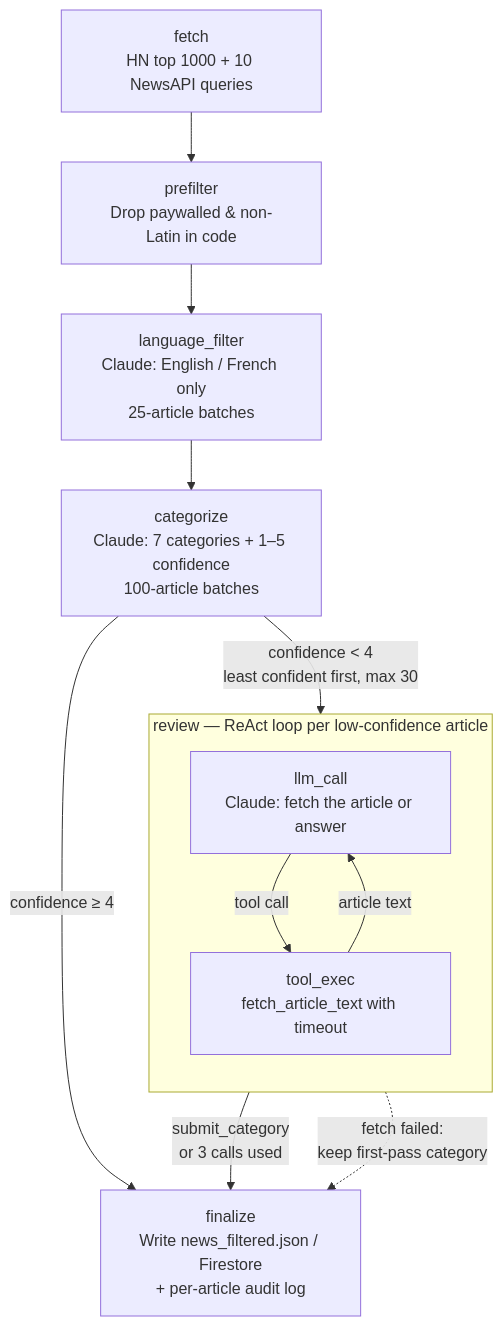
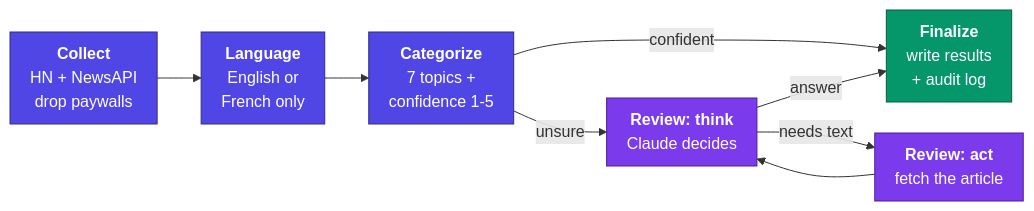
One commit to lofeodo/ai-news-agent changed the diagram in docs/architecture.md. Above: the diagram before and after it, drawn with Mermaid. The commit also changed 1 other file, not shown here.

Commit message:
docs: redraw pipeline and agent 1b diagrams left-to-right so each fits one viewport
Claude-Session: https://claude.ai/code/session_01KTK48pZbZ2Bmz2aqnJRgA6

````diff
--- a/docs/architecture.md
+++ b/docs/architecture.md
@@ -47,33 +47,18 @@
 ```mermaid
-flowchart TB
-    FETCH["fetch
-HN top 1000 + 10 NewsAPI queries"] --> PRE["prefilter
-Drop paywalled & non-Latin in code"]
-    PRE --> LANG["language_filter
-Claude: English / French only
-25-article batches"]
-    LANG --> CAT["categorize
-Claude: 7 categories + 1–5 confidence
-100-article batches"]
+%%{init: {"themeVariables": {"fontSize": "16px"}, "flowchart": {"nodeSpacing": 28, "rankSpacing": 44, "padding": 10, "curve": "basis"}}}%%
+flowchart LR
+    COL["<b>Collect</b><br/>HN + NewsAPI<br/>drop paywalls"] --> LANG["<b>Language</b><br/>English or<br/>French only"]
+    LANG --> CAT["<b>Categorize</b><br/>7 topics +<br/>confidence 1-5"]
+    CAT -->|"confident"| FIN["<b>Finalize</b><br/>write results<br/>+ audit log"]
+    CAT -->|"unsure"| LLM["<b>Review: think</b><br/>Claude decides"]
+    LLM -->|"needs text"| TOOL["<b>Review: act</b><br/>fetch the article"]
+    TOOL --> LLM
+    LLM -->|"answer"| FIN
 
-    CAT -->|"confidence ≥ 4"| FIN["finalize
-Write news_filtered.json / Firestore
-+ per-article audit log"]
-    CAT -->|"confidence < 4
-least confident first, max 30"| LLM
-
-    subgraph REVIEW["review — ReAct loop per low-confidence article"]
-        direction TB
-        LLM["llm_call
-Claude: fetch the article or answer"]
-        TOOL["tool_exec
-fetch_article_text with timeout"]
-        LLM -->|"tool call"| TOOL
-        TOOL -->|"article text"| LLM
-    end
-
-    LLM -->|"submit_category
-or 3 calls used"| FIN
-    TOOL -.->|"fetch failed:
-keep first-pass category"| FIN
+    classDef step fill:#4f46e5,stroke:#312e81,color:#fff
+    classDef loop fill:#7c3aed,stroke:#4c1d95,color:#fff
+    classDef out fill:#059669,stroke:#065f46,color:#fff
+    class COL,LANG,CAT step
+    class LLM,TOOL loop
+    class FIN out
 ```
````
